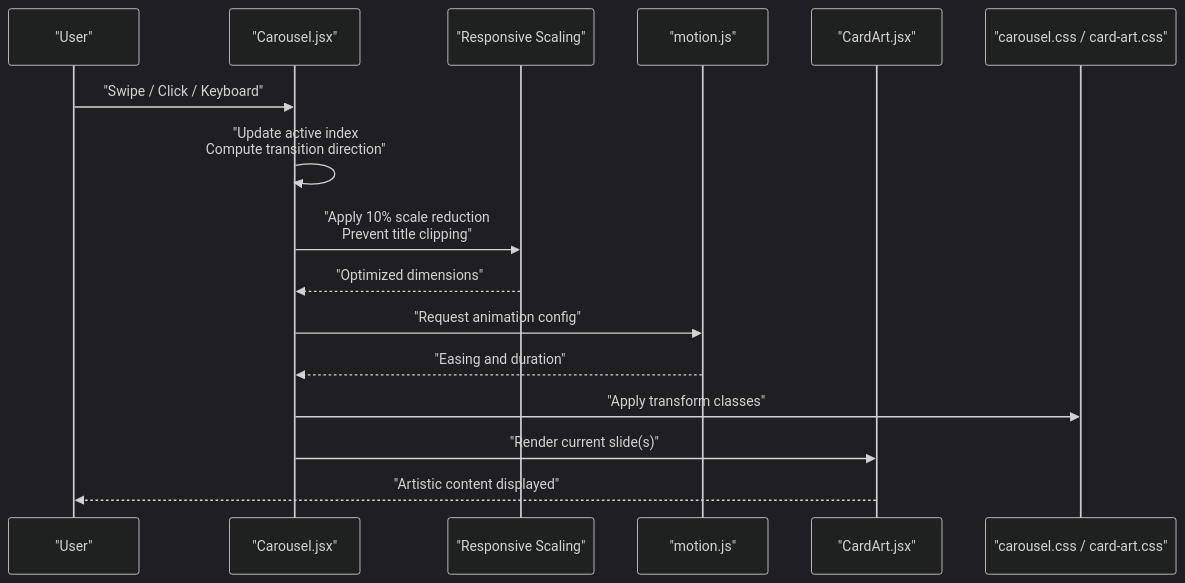
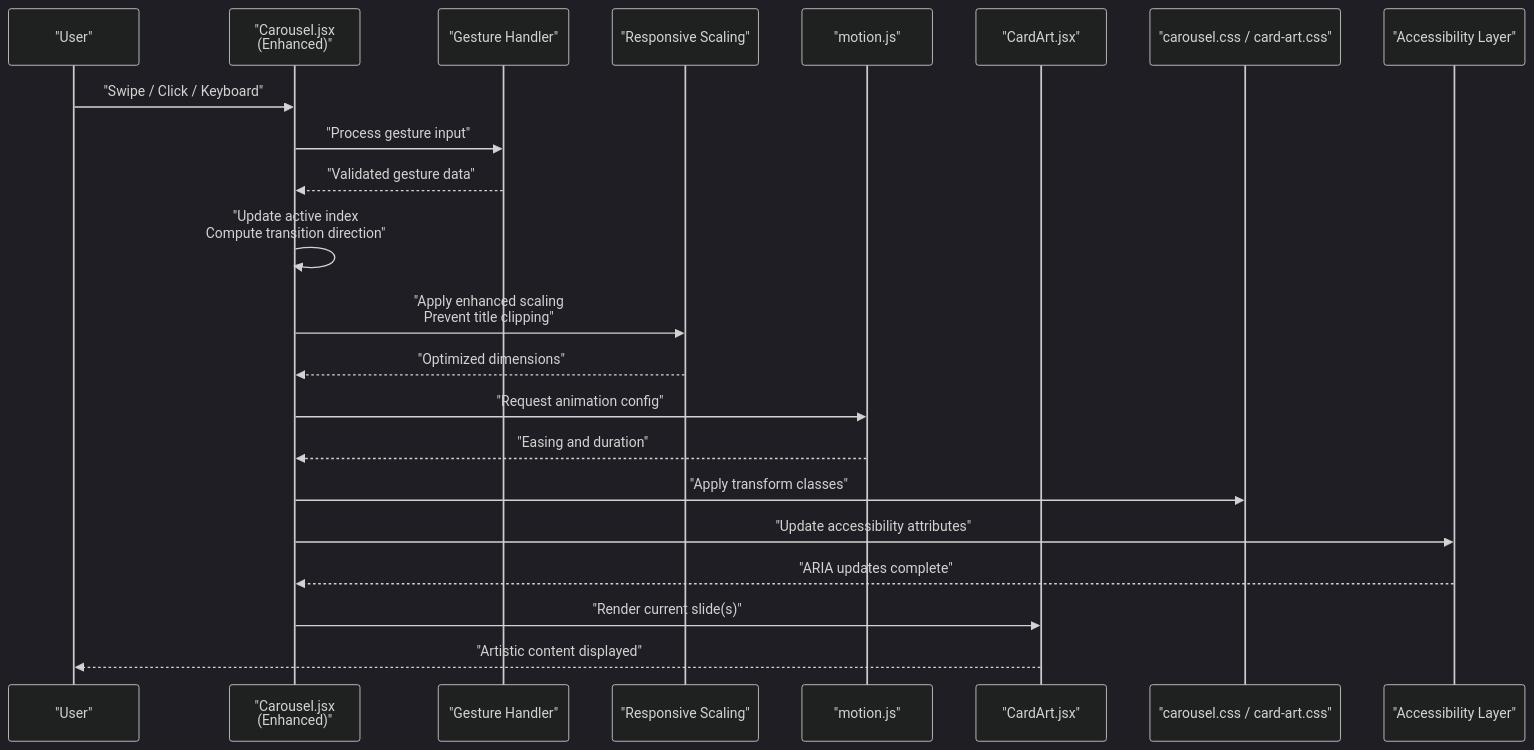
The second of 3 diagrams in .qoder/repowiki/en/content/Component Architecture/Landing Page Components/Carousel Components.md (Theja4/podiummomentum), drawn with Mermaid (dark theme) before and after one commit. The commit also changed other lines of this file and 22 other files, not shown here.

````diff
--- a/.qoder/repowiki/en/content/Component Architecture/Landing Page Components/Carousel Components.md
+++ b/.qoder/repowiki/en/content/Component Architecture/Landing Page Components/Carousel Components.md
@@ -109,18 +119,24 @@
 ```mermaid
 sequenceDiagram
 participant User as "User"
-participant Carousel as "Carousel.jsx"
+participant Carousel as "Carousel.jsx<br/>(Enhanced)"
+participant Gesture as "Gesture Handler"
 participant Scaling as "Responsive Scaling"
 participant Motion as "motion.js"
 participant Card as "CardArt.jsx"
 participant Styles as "carousel.css / card-art.css"
+participant A11y as "Accessibility Layer"
 User->>Carousel : "Swipe / Click / Keyboard"
+Carousel->>Gesture : "Process gesture input"
+Gesture-->>Carousel : "Validated gesture data"
 Carousel->>Carousel : "Update active index<br/>Compute transition direction"
-Carousel->>Scaling : "Apply 10% scale reduction<br/>Prevent title clipping"
+Carousel->>Scaling : "Apply enhanced scaling<br/>Prevent title clipping"
 Scaling-->>Carousel : "Optimized dimensions"
 Carousel->>Motion : "Request animation config"
 Motion-->>Carousel : "Easing and duration"
 Carousel->>Styles : "Apply transform classes"
+Carousel->>A11y : "Update accessibility attributes"
+A11y-->>Carousel : "ARIA updates complete"
 Carousel->>Card : "Render current slide(s)"
 Card-->>User : "Artistic content displayed"
 ```
````
